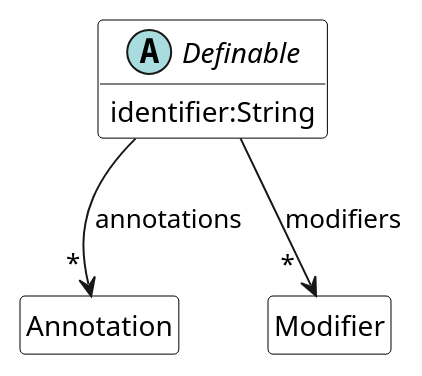
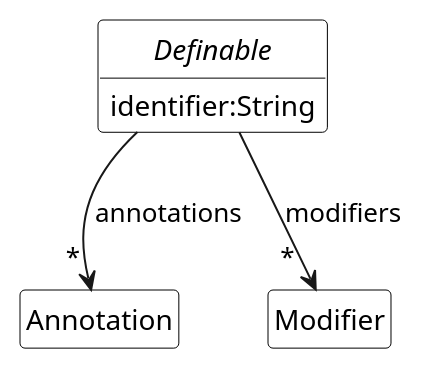
One commit to tizuck/scala-uml-diagrams changed the diagram in scala-meta-model/sub/definable.meta.puml. Above: the diagram before and after it, drawn with PlantUML. The commit also changed 52 other files, not shown here.

Commit message:
further diagrams

```diff
--- a/scala-meta-model/sub/definable.meta.puml
+++ b/scala-meta-model/sub/definable.meta.puml
@@ -1,19 +1,19 @@
 @startuml Defineable 
 abstract class Definable {
     identifier:String
 }
 
 Definable --> "    \n*" Annotation : annotations 
 Definable --> "      \n*" Modifier : modifiers
 
-hide class circle
+hide circle
 hide class members
 hide Definable methods
 
 skinparam class {
     BackgroundColor White
     ArrowColor Black
     BorderColor Black
 }
 
 @enduml 
```
